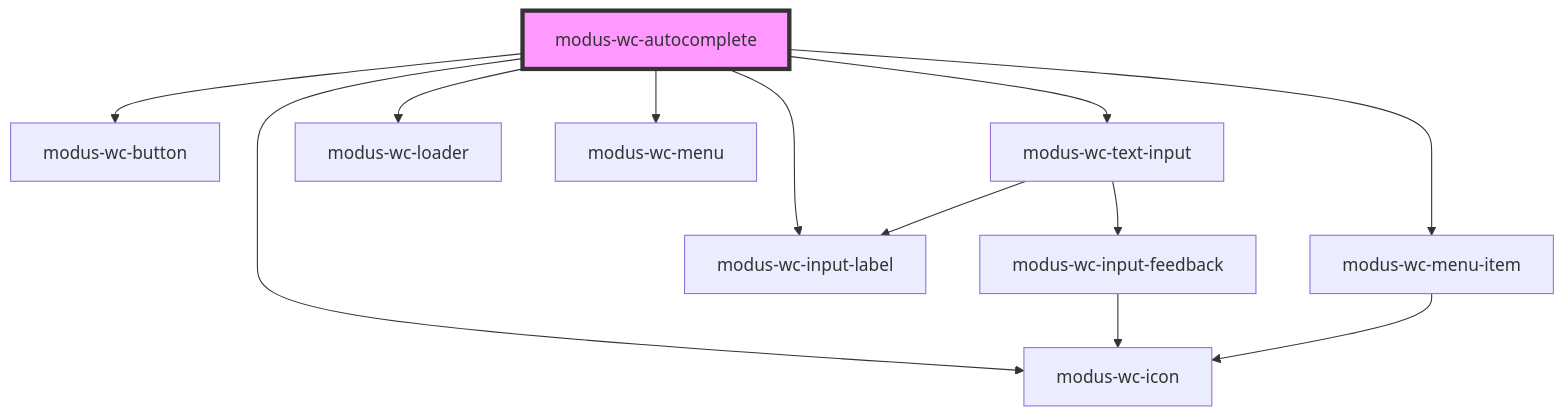
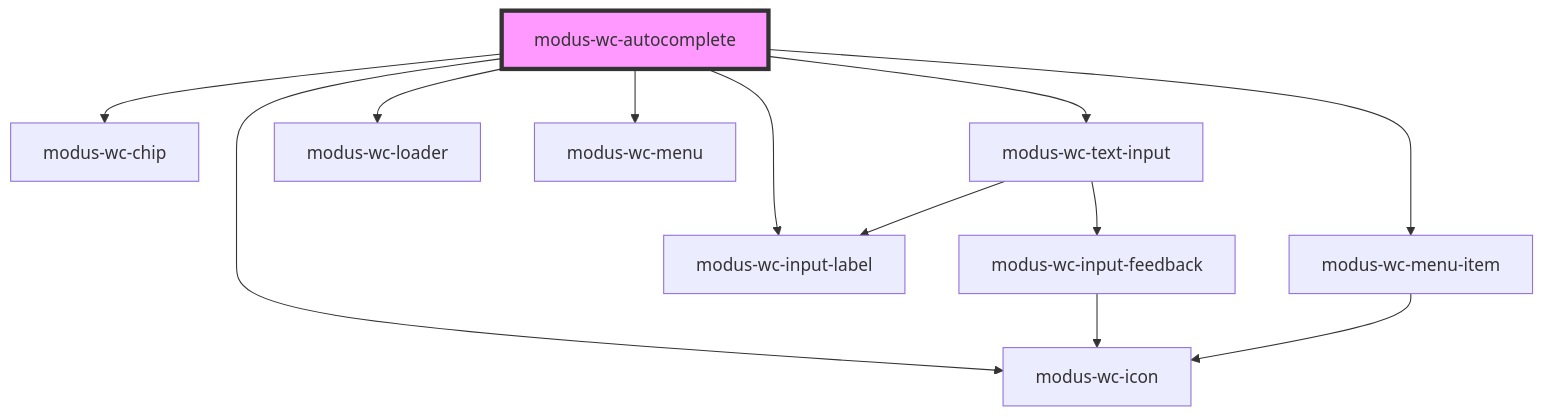
The diagram in src/components/modus-wc-autocomplete/readme.md (trimble-oss/modus-wc-2.0), drawn with Mermaid before and after one commit. The commit also changed other lines of this file and 5 other files, not shown here.

````diff
--- a/src/components/modus-wc-autocomplete/readme.md
+++ b/src/components/modus-wc-autocomplete/readme.md
@@ -63,15 +63,15 @@
 ```mermaid
 graph TD;
   modus-wc-autocomplete --> modus-wc-icon
-  modus-wc-autocomplete --> modus-wc-button
+  modus-wc-autocomplete --> modus-wc-chip
   modus-wc-autocomplete --> modus-wc-text-input
   modus-wc-autocomplete --> modus-wc-loader
   modus-wc-autocomplete --> modus-wc-menu-item
   modus-wc-autocomplete --> modus-wc-input-label
   modus-wc-autocomplete --> modus-wc-menu
   modus-wc-text-input --> modus-wc-input-label
   modus-wc-text-input --> modus-wc-input-feedback
   modus-wc-input-feedback --> modus-wc-icon
   modus-wc-menu-item --> modus-wc-icon
   style modus-wc-autocomplete fill:#f9f,stroke:#333,stroke-width:4px
 ```
````
